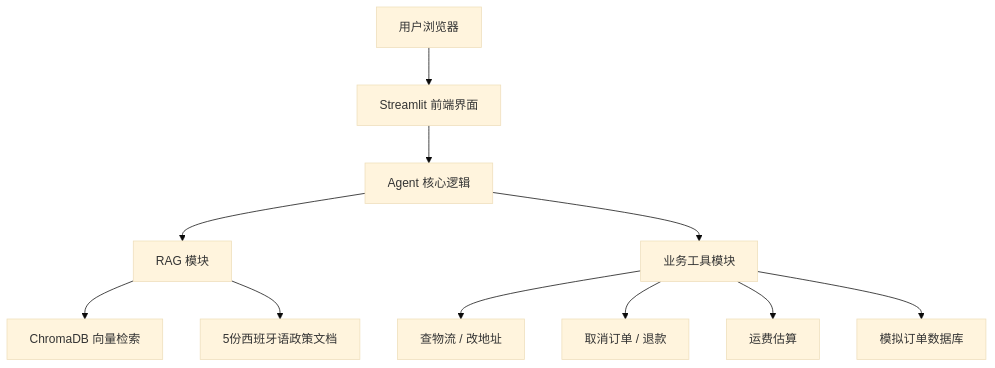
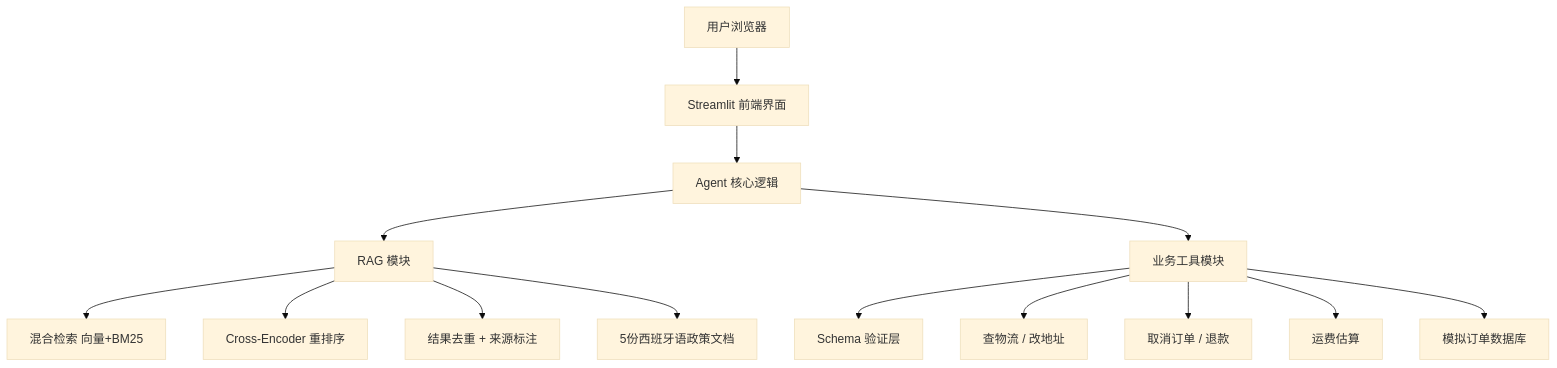
Before and after one commit to Ljjjh66/autoservice-chatbot: the diagram in README.md, drawn with Mermaid (base theme). The commit also changed other lines of this file, not shown here.

Commit message:
Update README: add completed improvements (Schema validation, unit tests, RAG post-processing)

````diff
--- a/README.md
+++ b/README.md
@@ -37,13 +37,16 @@
 ```mermaid
 graph TD
     A[用户浏览器] --> B[Streamlit 前端界面]
     B --> C[Agent 核心逻辑]
     C --> D[RAG 模块]
     C --> E[业务工具模块]
-    D --> D1[ChromaDB 向量检索]
-    D --> D2[5份西班牙语政策文档]
-    E --> E1[查物流 / 改地址]
-    E --> E2[取消订单 / 退款]
-    E --> E3[运费估算]
-    E --> E4[模拟订单数据库]
+    D --> D1[混合检索  向量+BM25]
+    D --> D2[Cross-Encoder 重排序]
+    D --> D3[结果去重 + 来源标注]
+    D --> D4[5份西班牙语政策文档]
+    E --> E1[Schema 验证层]
+    E --> E2[查物流 / 改地址]
+    E --> E3[取消订单 / 退款]
+    E --> E4[运费估算]
+    E --> E5[模拟订单数据库]
 ```
````
